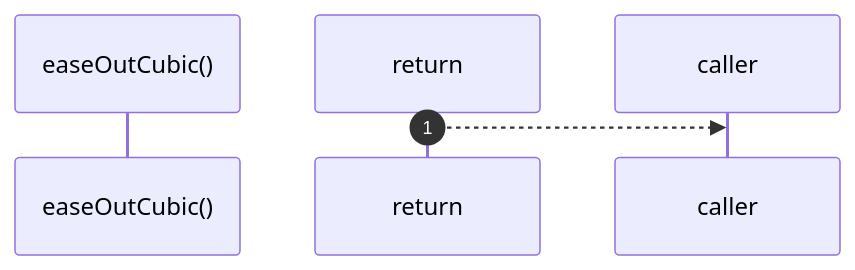
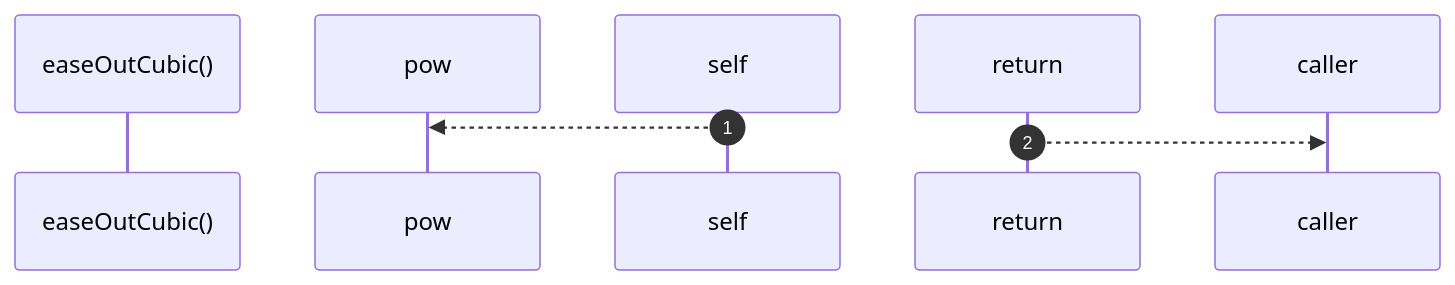
The diagram in docs/self-model/robby__site/src/viewer/easeoutcubic.md (RyanGuild/self-describing-code), drawn with Mermaid before and after one commit. The commit also changed other lines of this file and 413 other files, not shown here.

````diff
--- a/docs/self-model/robby__site/src/viewer/easeoutcubic.md
+++ b/docs/self-model/robby__site/src/viewer/easeoutcubic.md
@@ -17,6 +17,8 @@
 ```mermaid
 sequenceDiagram
     autonumber
     participant easeOutCubic as easeOutCubic()
+    participant pow as pow
+    self-->>pow: 
     return-->>caller: 
 ```
````
